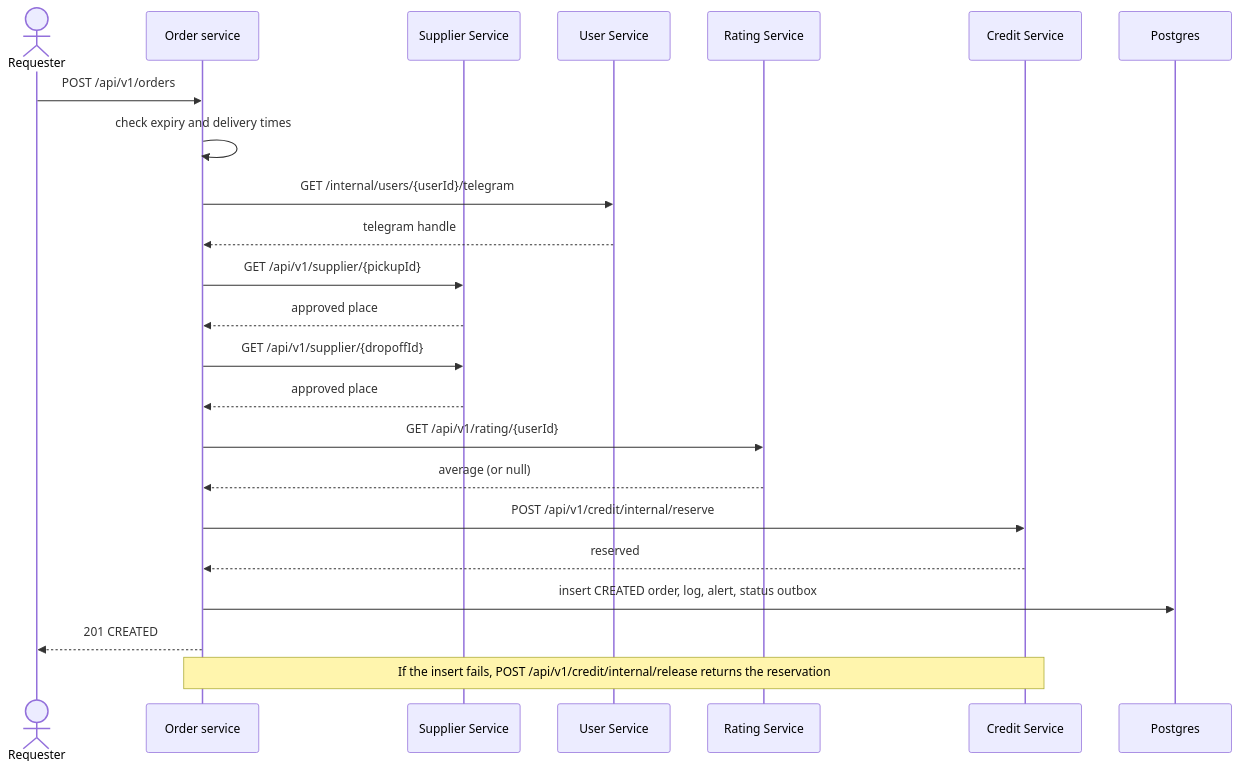
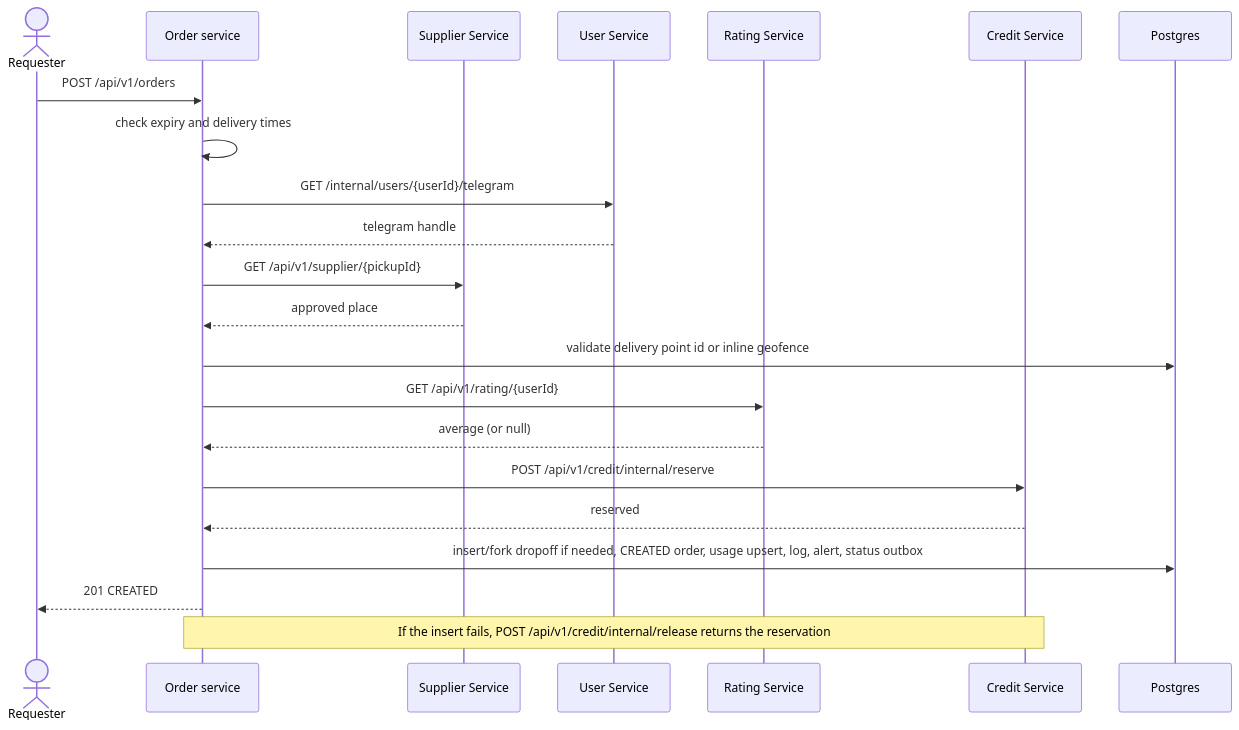
One commit to CS3219-AY2627S1/FoC-Template changed the diagram in order-service/docs/seq-create.mmd. Above: the diagram before and after it, drawn with Mermaid. The commit also changed 100 other files, not shown here.

```diff
--- a/order-service/docs/seq-create.mmd
+++ b/order-service/docs/seq-create.mmd
@@ -1,24 +1,23 @@
 sequenceDiagram
     actor Requester
     participant Orders as Order service
     participant Supplier as Supplier Service
     participant Users as User Service
     participant Rating as Rating Service
     participant Credit as Credit Service
     participant DB as Postgres
 
     Requester->>Orders: POST /api/v1/orders
     Orders->>Orders: check expiry and delivery times
     Orders->>Users: GET /internal/users/{userId}/telegram
     Users-->>Orders: telegram handle
     Orders->>Supplier: GET /api/v1/supplier/{pickupId}
     Supplier-->>Orders: approved place
-    Orders->>Supplier: GET /api/v1/supplier/{dropoffId}
-    Supplier-->>Orders: approved place
+    Orders->>DB: validate delivery point id or inline geofence
     Orders->>Rating: GET /api/v1/rating/{userId}
     Rating-->>Orders: average (or null)
     Orders->>Credit: POST /api/v1/credit/internal/reserve
     Credit-->>Orders: reserved
-    Orders->>DB: insert CREATED order, log, alert, status outbox
+    Orders->>DB: insert/fork dropoff if needed, CREATED order, usage upsert, log, alert, status outbox
     Orders-->>Requester: 201 CREATED
     Note over Orders,Credit: If the insert fails, POST /api/v1/credit/internal/release returns the reservation
```
